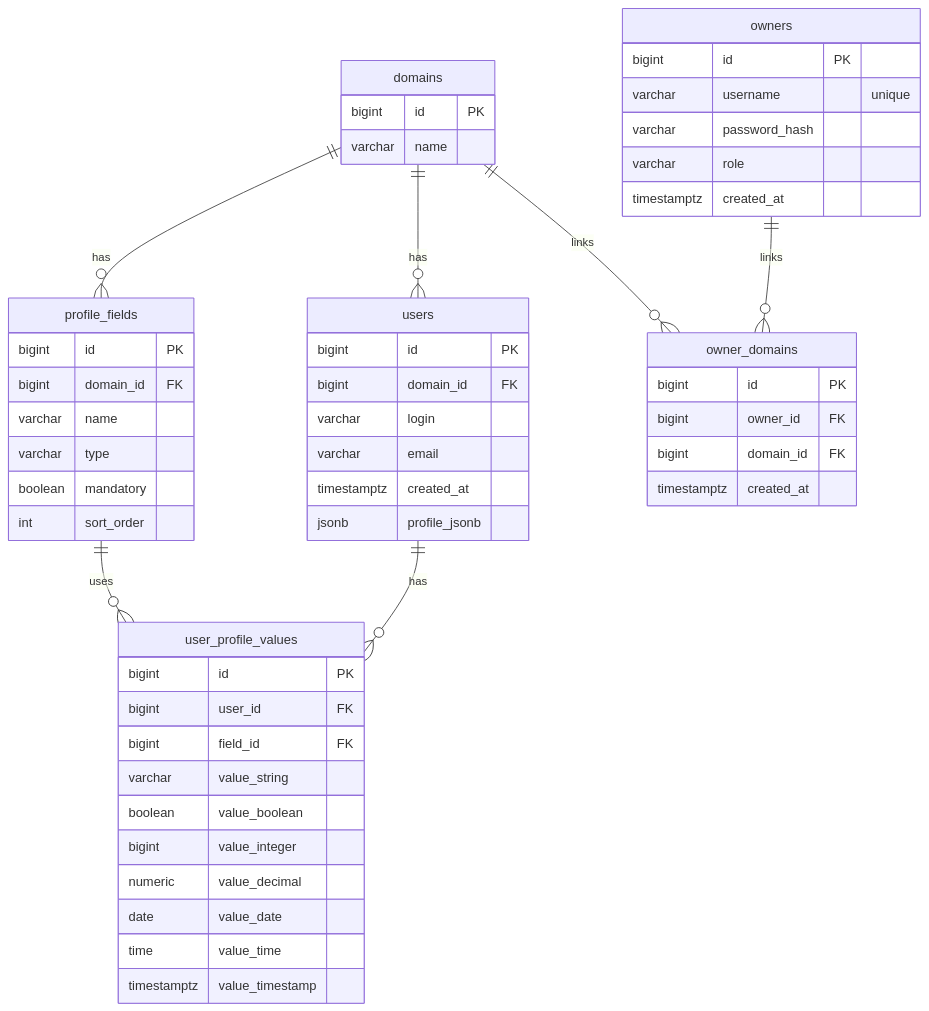
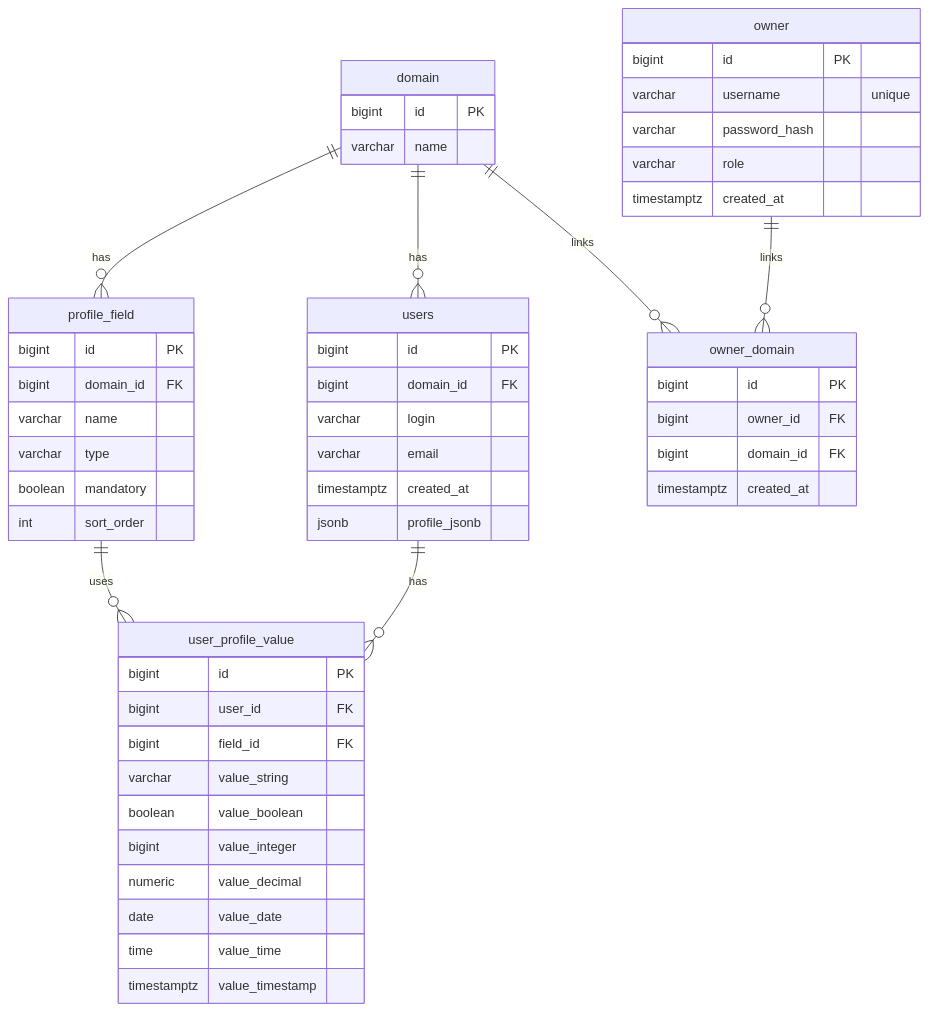
Before and after one commit to b-keeping/userid-be: the diagram in userid-srv/README.md, drawn with Mermaid. The commit also changed other lines of this file and 8 other files, not shown here.

````diff
--- a/userid-srv/README.md
+++ b/userid-srv/README.md
@@ -7,60 +7,60 @@
 ```mermaid
 erDiagram
-  domains {
+  domain {
     bigint id PK
     varchar name
   }
 
-  profile_fields {
+  profile_field {
     bigint id PK
     bigint domain_id FK
     varchar name
     varchar type
     boolean mandatory
     int sort_order
   }
 
   users {
     bigint id PK
     bigint domain_id FK
     varchar login
     varchar email
     timestamptz created_at
     jsonb profile_jsonb
   }
 
-  owners {
+  owner {
     bigint id PK
     varchar username "unique"
     varchar password_hash
     varchar role
     timestamptz created_at
   }
 
-  owner_domains {
+  owner_domain {
     bigint id PK
     bigint owner_id FK
     bigint domain_id FK
     timestamptz created_at
   }
 
-  user_profile_values {
+  user_profile_value {
     bigint id PK
     bigint user_id FK
     bigint field_id FK
     varchar value_string
     boolean value_boolean
     bigint value_integer
     numeric value_decimal
     date value_date
     time value_time
     timestamptz value_timestamp
   }
 
-  domains ||--o{ profile_fields : has
-  domains ||--o{ users : has
-  users ||--o{ user_profile_values : has
-  profile_fields ||--o{ user_profile_values : uses
-  owners ||--o{ owner_domains : links
-  domains ||--o{ owner_domains : links
+  domain ||--o{ profile_field : has
+  domain ||--o{ users : has
+  users ||--o{ user_profile_value : has
+  profile_field ||--o{ user_profile_value : uses
+  owner ||--o{ owner_domain : links
+  domain ||--o{ owner_domain : links
 ```
````
